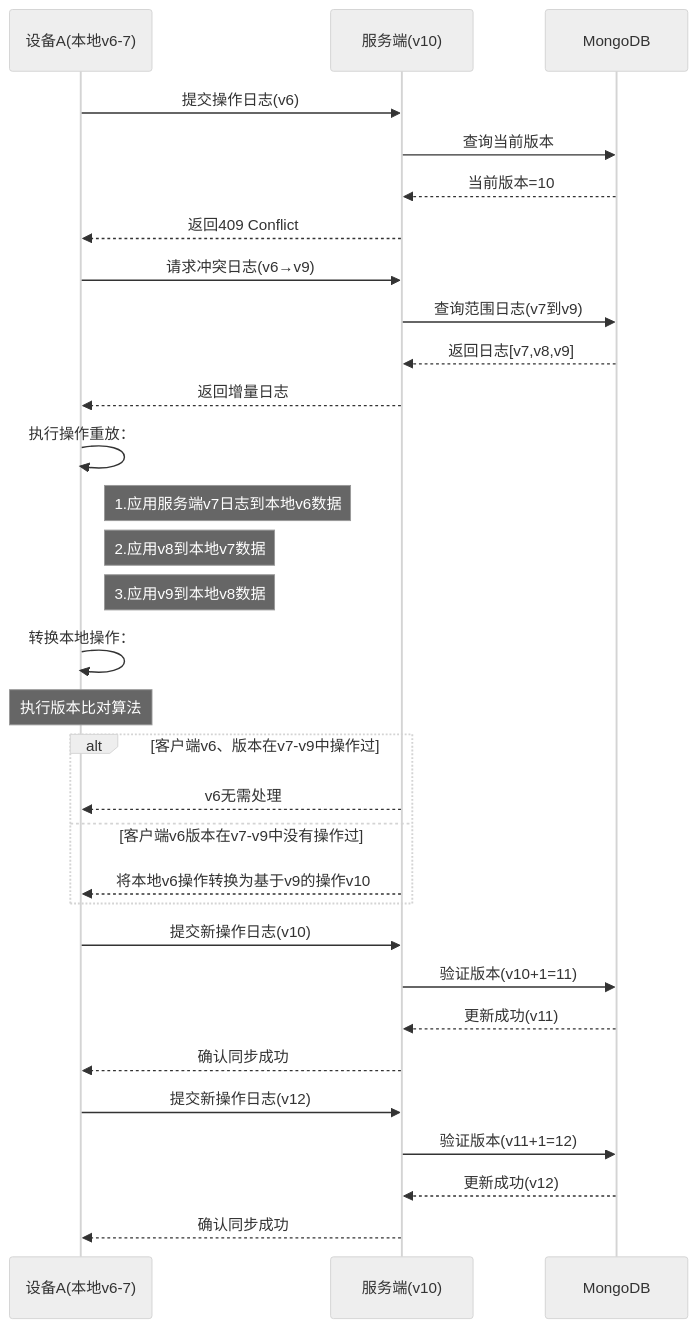
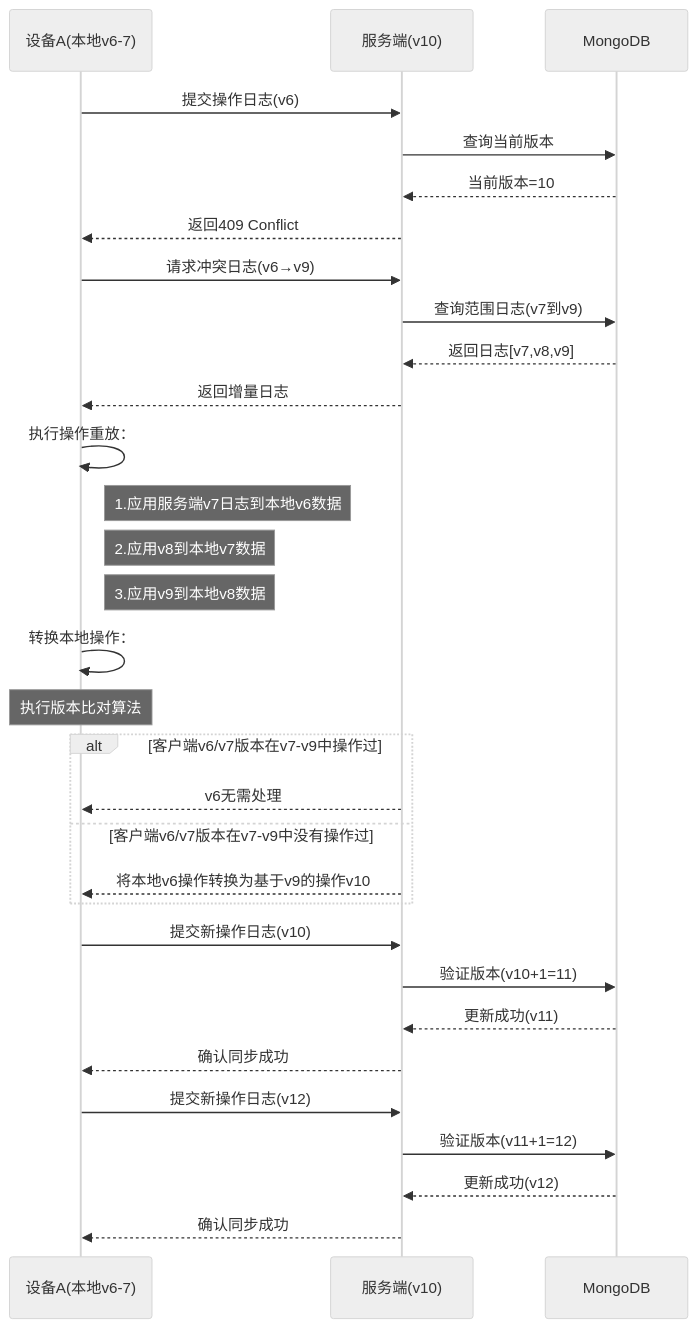
The diagram in all/未命名-26.md (yingjianzh/iodraw-files), drawn with Mermaid (neutral theme) before and after one commit.

Commit message:
2025-02-26 17:01:41 update

````diff
--- a/all/未命名-26.md
+++ b/all/未命名-26.md
@@ -1,45 +1,45 @@
 ```mermaid
 sequenceDiagram
     participant A as 设备A(本地v6-7)
     participant S as 服务端(v10)
     participant DB as MongoDB
 
     %% 初始同步尝试
     A->>S: 提交操作日志(v6)
     S->>DB: 查询当前版本
     DB-->>S: 当前版本=10
     S-->>A: 返回409 Conflict
 
     %% 冲突解决阶段
     A->>S: 请求冲突日志(v6→v9)
     S->>DB: 查询范围日志(v7到v9)
     DB-->>S: 返回日志[v7,v8,v9]
     S-->>A: 返回增量日志
 
 
     %% 本地数据重建
     A->>A: 执行操作重放：
     note right of A: 1.应用服务端v7日志到本地v6数据
     note right of A: 2.应用v8到本地v7数据
     note right of A: 3.应用v9到本地v8数据
 
     %% 本地操作转换
     A->>A: 转换本地操作：
     Note over A: 执行版本比对算法
-    alt 客户端v6、版本在v7-v9中操作过
+    alt 客户端v6/v7版本在v7-v9中操作过
         S-->>A: v6无需处理
-    else 客户端v6版本在v7-v9中没有操作过
+    else 客户端v6/v7版本在v7-v9中没有操作过
         S-->>A: 将本地v6操作转换为基于v9的操作v10
     end
 
     %% 重新提交
     A->>S: 提交新操作日志(v10)
     S->>DB: 验证版本(v10+1=11)
     DB-->>S: 更新成功(v11)
     S-->>A: 确认同步成功
 
     A->>S: 提交新操作日志(v12)
     S->>DB: 验证版本(v11+1=12)
     DB-->>S: 更新成功(v12)
     S-->>A: 确认同步成功
 ```
````
